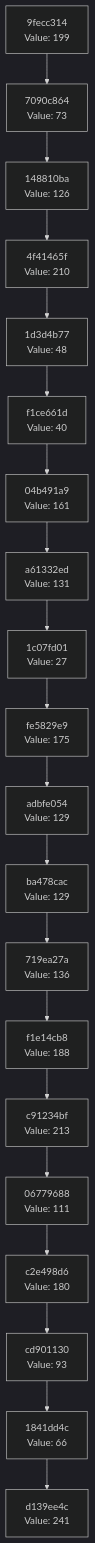
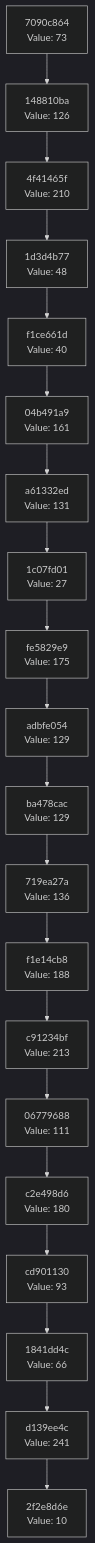
The diagram in docs/CHAIN_VISUALIZATION.md (Abhisheksinha1506/hash-chain-evolver), drawn with Mermaid (dark theme) before and after one commit. The commit also changed 3 other files, not shown here.

````diff
--- a/docs/CHAIN_VISUALIZATION.md
+++ b/docs/CHAIN_VISUALIZATION.md
@@ -3,42 +3,42 @@
 ```mermaid
 graph TD
-    C0["d139ee4c<br/>Value: 241"]
-    C1["1841dd4c<br/>Value: 66"]
+    C0["2f2e8d6e<br/>Value: 10"]
+    C1["d139ee4c<br/>Value: 241"]
     C1 --> C0
-    C2["cd901130<br/>Value: 93"]
+    C2["1841dd4c<br/>Value: 66"]
     C2 --> C1
-    C3["c2e498d6<br/>Value: 180"]
+    C3["cd901130<br/>Value: 93"]
     C3 --> C2
-    C4["06779688<br/>Value: 111"]
+    C4["c2e498d6<br/>Value: 180"]
     C4 --> C3
-    C5["c91234bf<br/>Value: 213"]
+    C5["06779688<br/>Value: 111"]
     C5 --> C4
-    C6["f1e14cb8<br/>Value: 188"]
+    C6["c91234bf<br/>Value: 213"]
     C6 --> C5
-    C7["719ea27a<br/>Value: 136"]
+    C7["f1e14cb8<br/>Value: 188"]
     C7 --> C6
-    C8["ba478cac<br/>Value: 129"]
+    C8["719ea27a<br/>Value: 136"]
     C8 --> C7
-    C9["adbfe054<br/>Value: 129"]
+    C9["ba478cac<br/>Value: 129"]
     C9 --> C8
-    C10["fe5829e9<br/>Value: 175"]
+    C10["adbfe054<br/>Value: 129"]
     C10 --> C9
-    C11["1c07fd01<br/>Value: 27"]
+    C11["fe5829e9<br/>Value: 175"]
     C11 --> C10
-    C12["a61332ed<br/>Value: 131"]
+    C12["1c07fd01<br/>Value: 27"]
     C12 --> C11
-    C13["04b491a9<br/>Value: 161"]
+    C13["a61332ed<br/>Value: 131"]
     C13 --> C12
-    C14["f1ce661d<br/>Value: 40"]
+    C14["04b491a9<br/>Value: 161"]
     C14 --> C13
-    C15["1d3d4b77<br/>Value: 48"]
+    C15["f1ce661d<br/>Value: 40"]
     C15 --> C14
-    C16["4f41465f<br/>Value: 210"]
+    C16["1d3d4b77<br/>Value: 48"]
     C16 --> C15
-    C17["148810ba<br/>Value: 126"]
+    C17["4f41465f<br/>Value: 210"]
     C17 --> C16
-    C18["7090c864<br/>Value: 73"]
+    C18["148810ba<br/>Value: 126"]
     C18 --> C17
-    C19["9fecc314<br/>Value: 199"]
+    C19["7090c864<br/>Value: 73"]
     C19 --> C18
 ```
````
